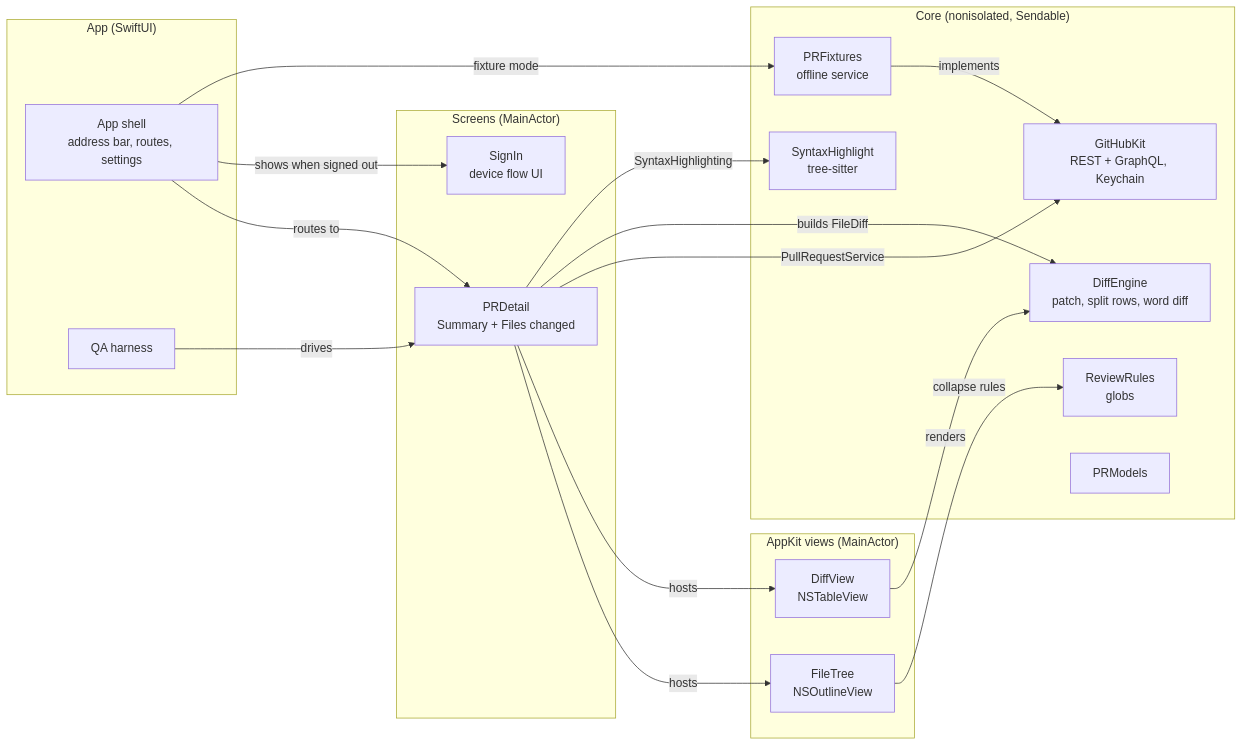
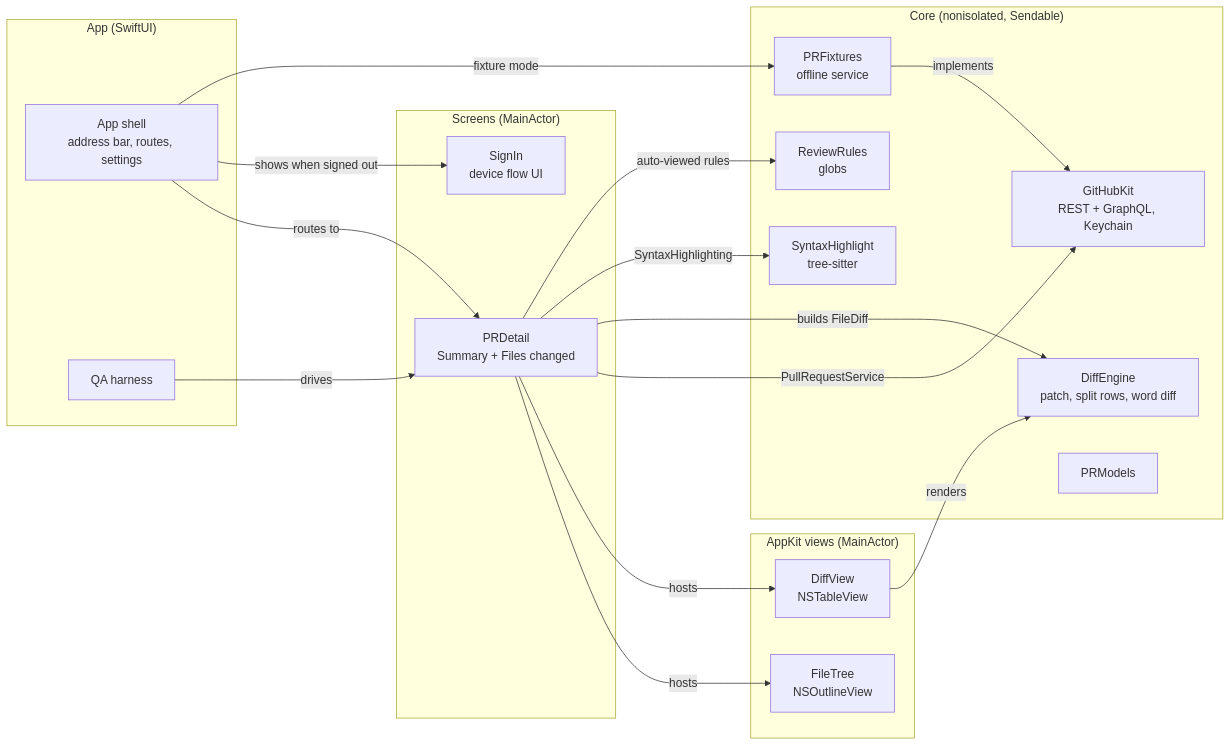
One commit to khoitran19/yuzu changed the first of 4 diagrams in docs/architecture.md. Above: the diagram before and after it, drawn with Mermaid. The commit also changed 15 other files, not shown here.

First line of the commit message:
feat(rules): default auto-viewed rules, remove tree collapse, rebuild Review Rules settings

````diff
--- a/docs/architecture.md
+++ b/docs/architecture.md
@@ -7,35 +7,35 @@
 ```mermaid
 flowchart LR
     subgraph Shell["App (SwiftUI)"]
         App[App shell<br/>address bar, routes, settings]
         Harness[QA harness]
     end
     subgraph Screens["Screens (MainActor)"]
         PRDetail[PRDetail<br/>Summary + Files changed]
         SignIn[SignIn<br/>device flow UI]
     end
     subgraph Views["AppKit views (MainActor)"]
         FileTree[FileTree<br/>NSOutlineView]
         DiffView[DiffView<br/>NSTableView]
     end
     subgraph Core["Core (nonisolated, Sendable)"]
         GitHubKit[GitHubKit<br/>REST + GraphQL, Keychain]
         DiffEngine[DiffEngine<br/>patch, split rows, word diff]
         SyntaxHighlight[SyntaxHighlight<br/>tree-sitter]
         ReviewRules[ReviewRules<br/>globs]
         PRModels[PRModels]
         PRFixtures[PRFixtures<br/>offline service]
     end
     App -->|routes to| PRDetail
     App -->|shows when signed out| SignIn
     Harness -->|drives| PRDetail
     PRDetail -->|hosts| FileTree
     PRDetail -->|hosts| DiffView
     PRDetail -->|PullRequestService| GitHubKit
     PRDetail -->|builds FileDiff| DiffEngine
     PRDetail -->|SyntaxHighlighting| SyntaxHighlight
-    FileTree -->|collapse rules| ReviewRules
+    PRDetail -->|auto-viewed rules| ReviewRules
     DiffView -->|renders| DiffEngine
     App -->|fixture mode| PRFixtures
     PRFixtures -->|implements| GitHubKit
 ```
````
